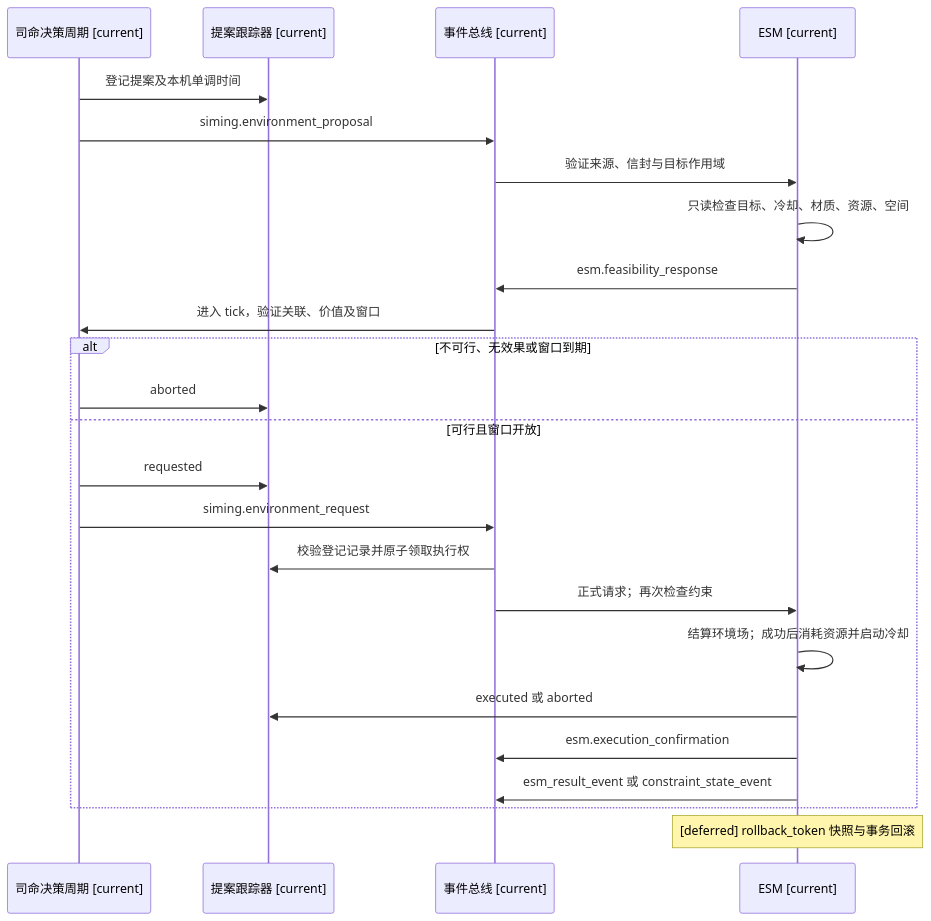
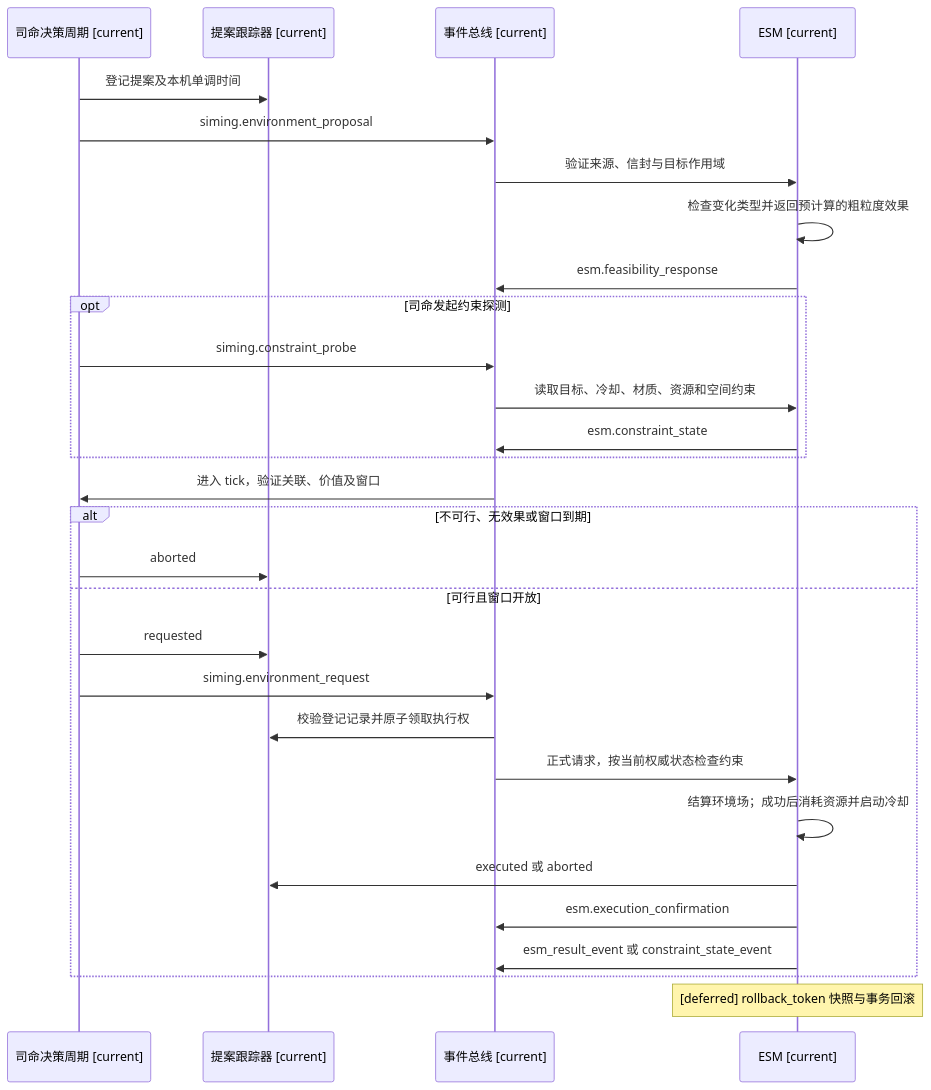
The second of 3 diagrams in docs/reference/api/esm-proposal-contract.md (Dancing-coin/Paralls-phase0-1), drawn with Mermaid before and after one commit. The commit also changed other lines of this file and 4 other files, not shown here.

````diff
--- a/docs/reference/api/esm-proposal-contract.md
+++ b/docs/reference/api/esm-proposal-contract.md
@@ -33,26 +33,31 @@
 ```mermaid
 sequenceDiagram
     participant RT as 司命决策周期 [current]
     participant PT as 提案跟踪器 [current]
     participant BUS as 事件总线 [current]
     participant ESM as ESM [current]
     RT->>PT: 登记提案及本机单调时间
     RT->>BUS: siming.environment_proposal
     BUS->>ESM: 验证来源、信封与目标作用域
-    ESM->>ESM: 只读检查目标、冷却、材质、资源、空间
+    ESM->>ESM: 检查变化类型并返回预计算的粗粒度效果
     ESM->>BUS: esm.feasibility_response
+    opt 司命发起约束探测
+        RT->>BUS: siming.constraint_probe
+        BUS->>ESM: 读取目标、冷却、材质、资源和空间约束
+        ESM->>BUS: esm.constraint_state
+    end
     BUS->>RT: 进入 tick，验证关联、价值及窗口
     alt 不可行、无效果或窗口到期
         RT->>PT: aborted
     else 可行且窗口开放
         RT->>PT: requested
         RT->>BUS: siming.environment_request
         BUS->>PT: 校验登记记录并原子领取执行权
-        BUS->>ESM: 正式请求；再次检查约束
+        BUS->>ESM: 正式请求，按当前权威状态检查约束
         ESM->>ESM: 结算环境场；成功后消耗资源并启动冷却
         ESM->>PT: executed 或 aborted
         ESM->>BUS: esm.execution_confirmation
         ESM->>BUS: esm_result_event 或 constraint_state_event
     end
     Note over ESM: [deferred] rollback_token 快照与事务回滚
 ```
````
